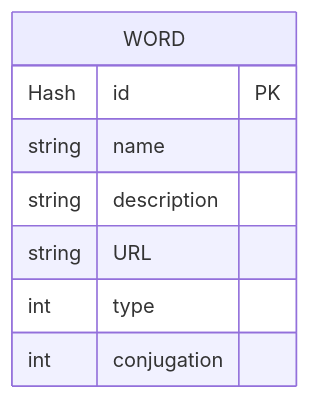
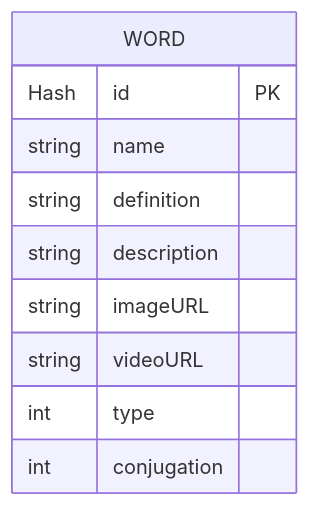
One commit to Zait06/DictionaryLSM changed the diagram in diagrams/Database.md. Above: the diagram before and after it, drawn with Mermaid. The commit also changed 2 other files, not shown here.

Commit message:
Diagrams

````diff
--- a/diagrams/Database.md
+++ b/diagrams/Database.md
@@ -3,12 +3,14 @@
 ```mermaid
 erDiagram
 
 WORD {
     Hash id PK
     string name
+    string definition
     string description
-    string URL
+    string imageURL
+    string videoURL
     int type
     int conjugation
 }
 ```
````
